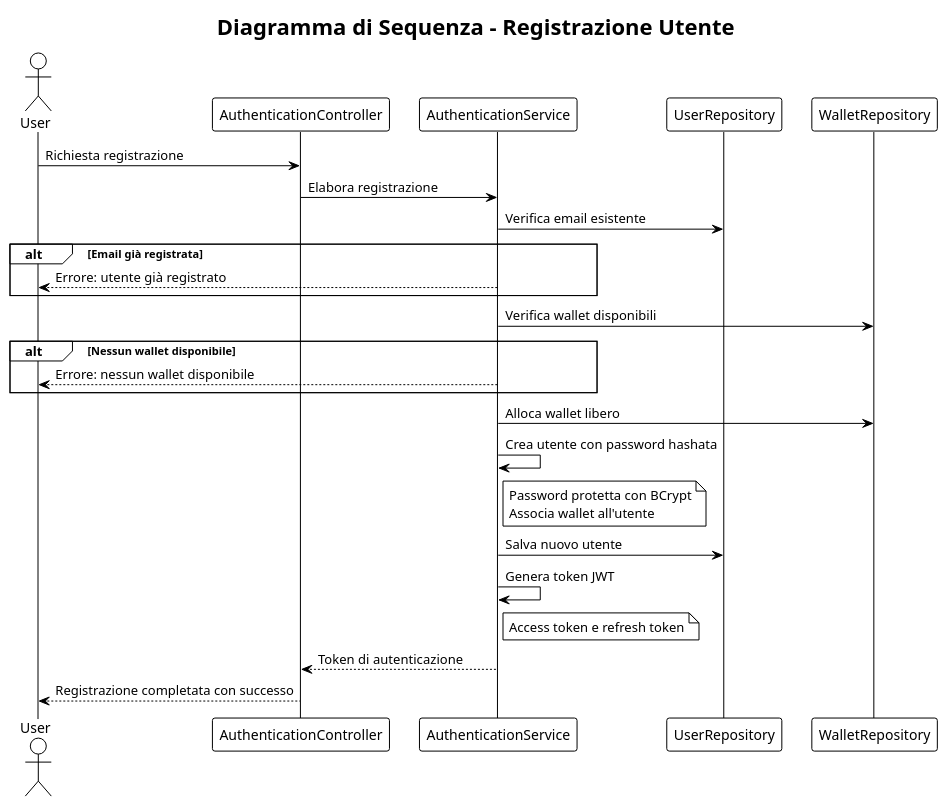
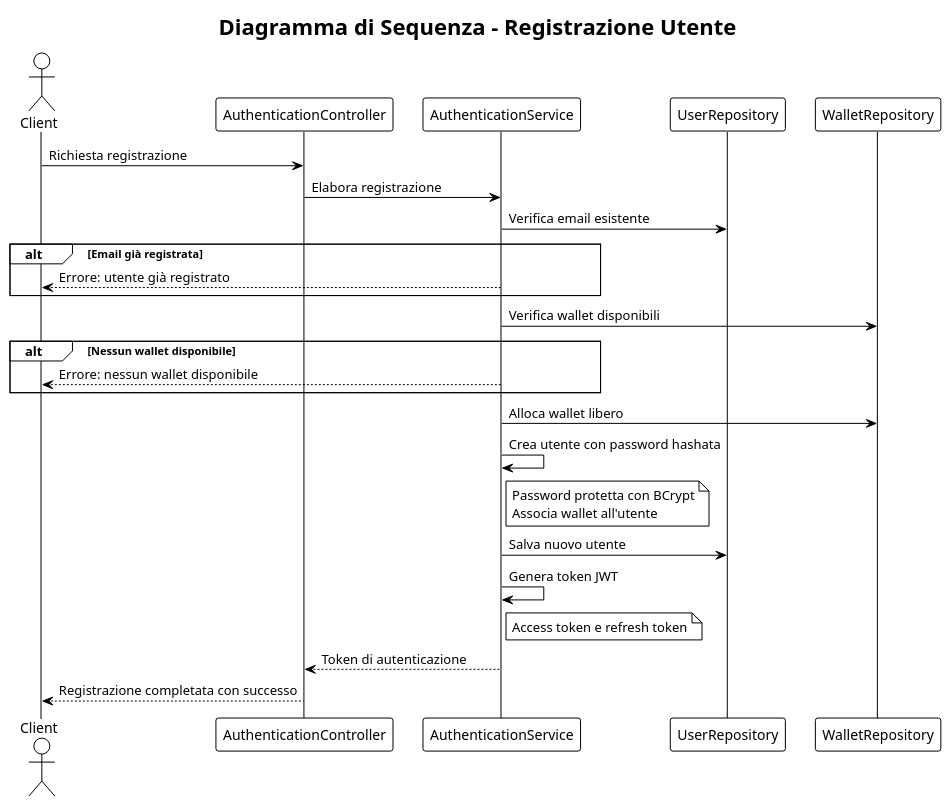
The diagram in docs/plantuml/sequence-user-registration.puml (s-lusito/TicketBlock-Ing_Sw), drawn with PlantUML before and after one commit. The commit also changed 14 other files, not shown here.

Commit message:
Update diagrams: Client actor, blockchain errors, and add frontend class diagram

```diff
--- a/docs/plantuml/sequence-user-registration.puml
+++ b/docs/plantuml/sequence-user-registration.puml
@@ -1,39 +1,39 @@
 @startuml Registrazione Utente
 !theme plain
 title Diagramma di Sequenza - Registrazione Utente
 
-actor User
+actor Client
 participant AuthenticationController
 participant AuthenticationService
 participant UserRepository
 participant WalletRepository
 
-User -> AuthenticationController: Richiesta registrazione
+Client -> AuthenticationController: Richiesta registrazione
 AuthenticationController -> AuthenticationService: Elabora registrazione
 
 AuthenticationService -> UserRepository: Verifica email esistente
 
 alt Email già registrata
-    AuthenticationService --> User: Errore: utente già registrato
+    AuthenticationService --> Client: Errore: utente già registrato
 end
 
 AuthenticationService -> WalletRepository: Verifica wallet disponibili
 
 alt Nessun wallet disponibile
-    AuthenticationService --> User: Errore: nessun wallet disponibile
+    AuthenticationService --> Client: Errore: nessun wallet disponibile
 end
 
 AuthenticationService -> WalletRepository: Alloca wallet libero
 
 AuthenticationService -> AuthenticationService: Crea utente con password hashata
 note right of AuthenticationService: Password protetta con BCrypt\nAssocia wallet all'utente
 
 AuthenticationService -> UserRepository: Salva nuovo utente
 
 AuthenticationService -> AuthenticationService: Genera token JWT
 note right of AuthenticationService: Access token e refresh token
 
 AuthenticationService --> AuthenticationController: Token di autenticazione
-AuthenticationController --> User: Registrazione completata con successo
+AuthenticationController --> Client: Registrazione completata con successo
 
 @enduml
```
